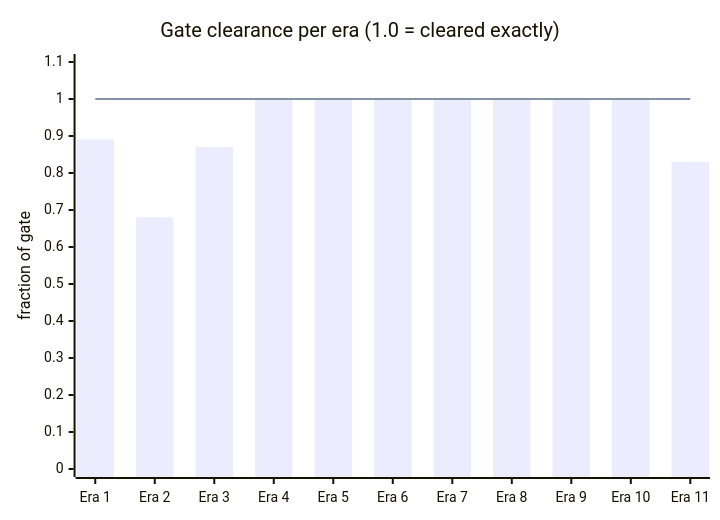
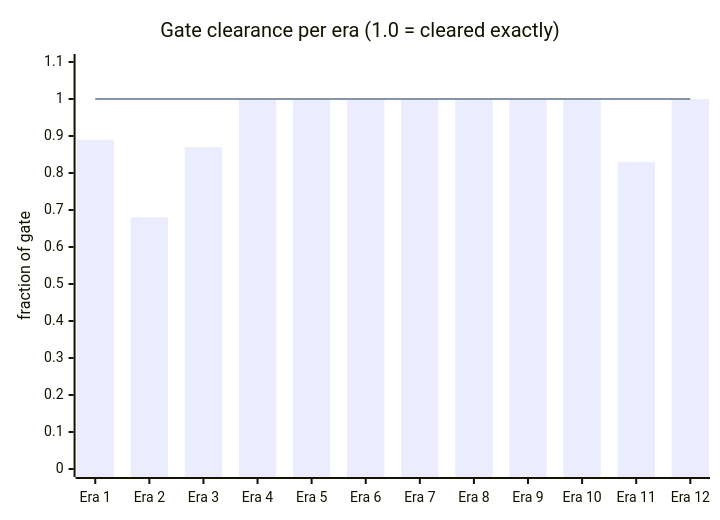
Before and after one commit to get-tmonier/argot: the second of 13 diagrams in docs/research/README.md, drawn with Mermaid. The commit also changed other lines of this file and 61 other files, not shown here.

````diff
--- a/docs/research/README.md
+++ b/docs/research/README.md
@@ -84,8 +91,8 @@
 ```mermaid
 xychart-beta
     title "Gate clearance per era (1.0 = cleared exactly)"
-    x-axis ["Era 1", "Era 2", "Era 3", "Era 4", "Era 5", "Era 6", "Era 7", "Era 8", "Era 9", "Era 10", "Era 11"]
+    x-axis ["Era 1", "Era 2", "Era 3", "Era 4", "Era 5", "Era 6", "Era 7", "Era 8", "Era 9", "Era 10", "Era 11", "Era 12"]
     y-axis "fraction of gate" 0 --> 1.1
-    bar [0.89, 0.68, 0.87, 1.00, 1.00, 1.00, 1.00, 1.00, 1.00, 1.00, 0.83]
-    line [1.0, 1.0, 1.0, 1.0, 1.0, 1.0, 1.0, 1.0, 1.0, 1.0, 1.0]
+    bar [0.89, 0.68, 0.87, 1.00, 1.00, 1.00, 1.00, 1.00, 1.00, 1.00, 0.83, 1.00]
+    line [1.0, 1.0, 1.0, 1.0, 1.0, 1.0, 1.0, 1.0, 1.0, 1.0, 1.0, 1.0]
 ```
````
